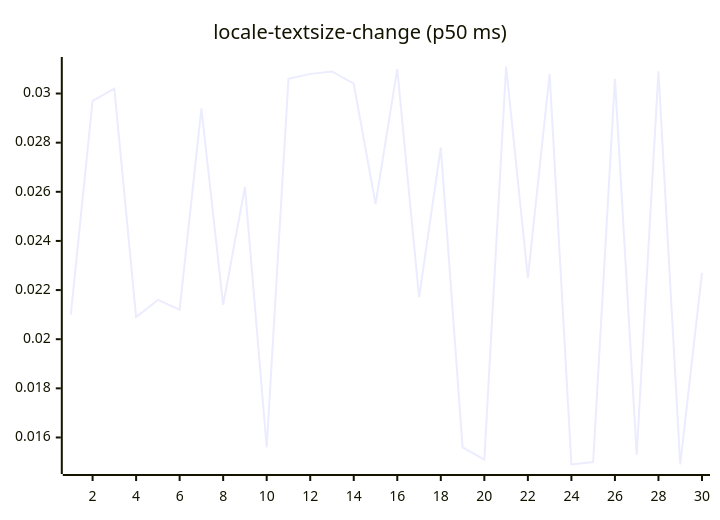
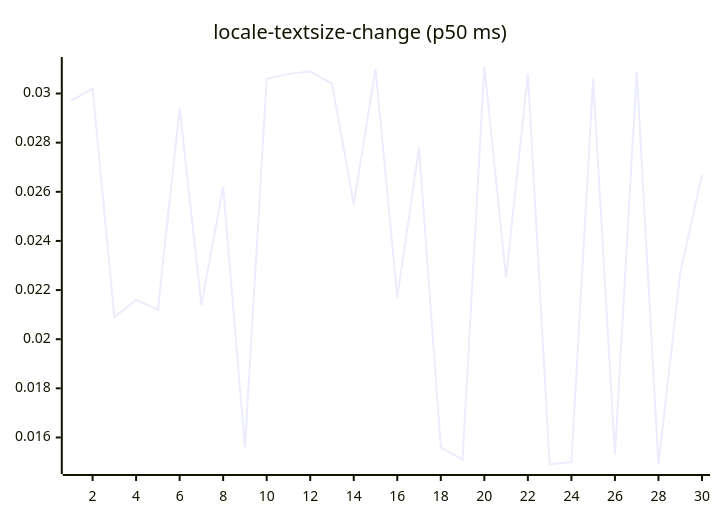
One commit to josha/Facet changed diagram 13 of 27 in README.md. Above: the diagram before and after it, drawn with Mermaid. The commit also changed other lines of this file and 2 other files, not shown here.

````diff
--- a/README.md
+++ b/README.md
@@ -147,6 +147,6 @@
 ```mermaid
 xychart-beta
     title "locale-textsize-change (p50 ms)"
     x-axis 1 --> 30
-    line [0.0210, 0.0297, 0.0302, 0.0209, 0.0216, 0.0212, 0.0294, 0.0214, 0.0262, 0.0156, 0.0306, 0.0308, 0.0309, 0.0304, 0.0255, 0.0310, 0.0217, 0.0278, 0.0156, 0.0151, 0.0311, 0.0225, 0.0308, 0.0149, 0.0150, 0.0306, 0.0153, 0.0309, 0.0149, 0.0227]
+    line [0.0297, 0.0302, 0.0209, 0.0216, 0.0212, 0.0294, 0.0214, 0.0262, 0.0156, 0.0306, 0.0308, 0.0309, 0.0304, 0.0255, 0.0310, 0.0217, 0.0278, 0.0156, 0.0151, 0.0311, 0.0225, 0.0308, 0.0149, 0.0150, 0.0306, 0.0153, 0.0309, 0.0149, 0.0227, 0.0267]
 ```
````
